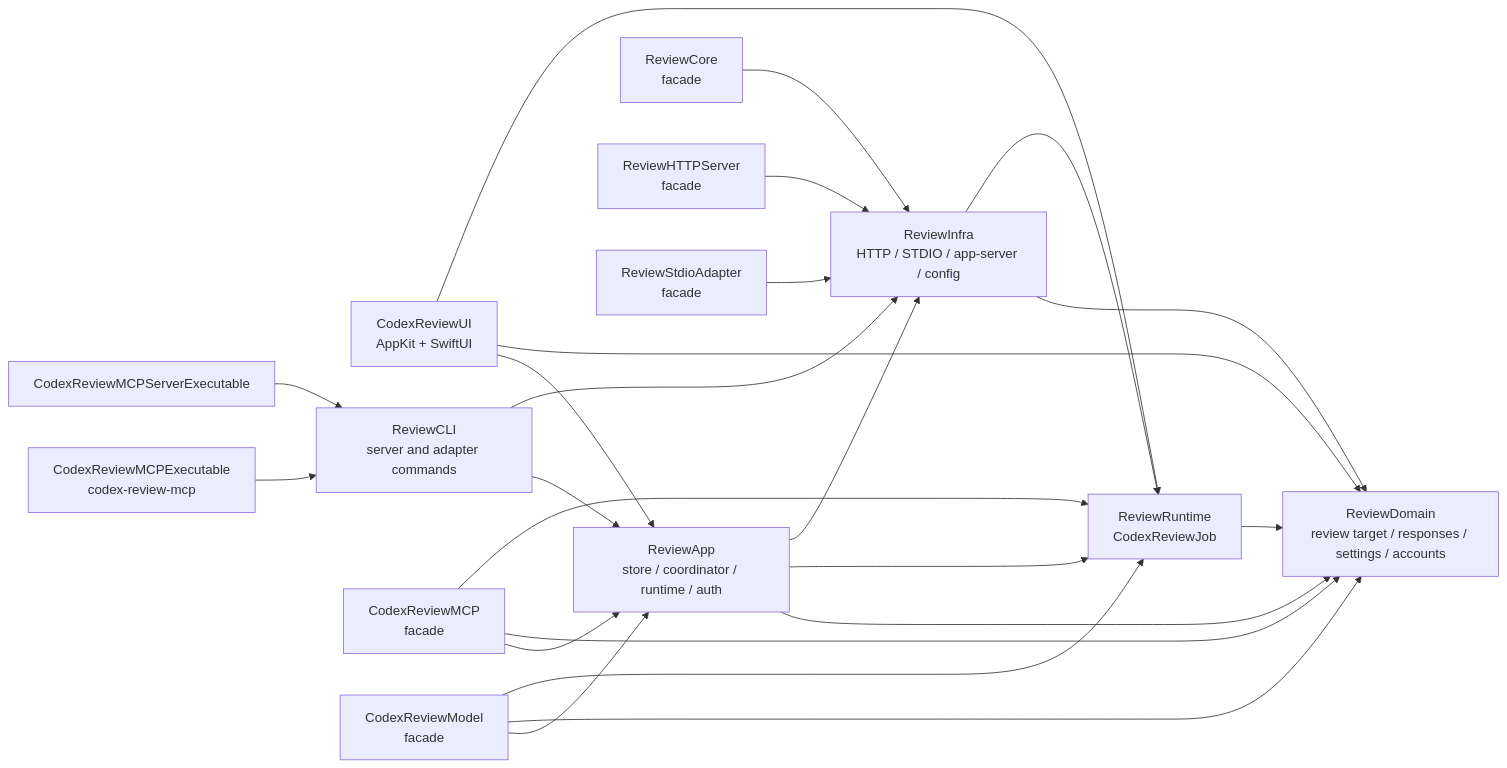
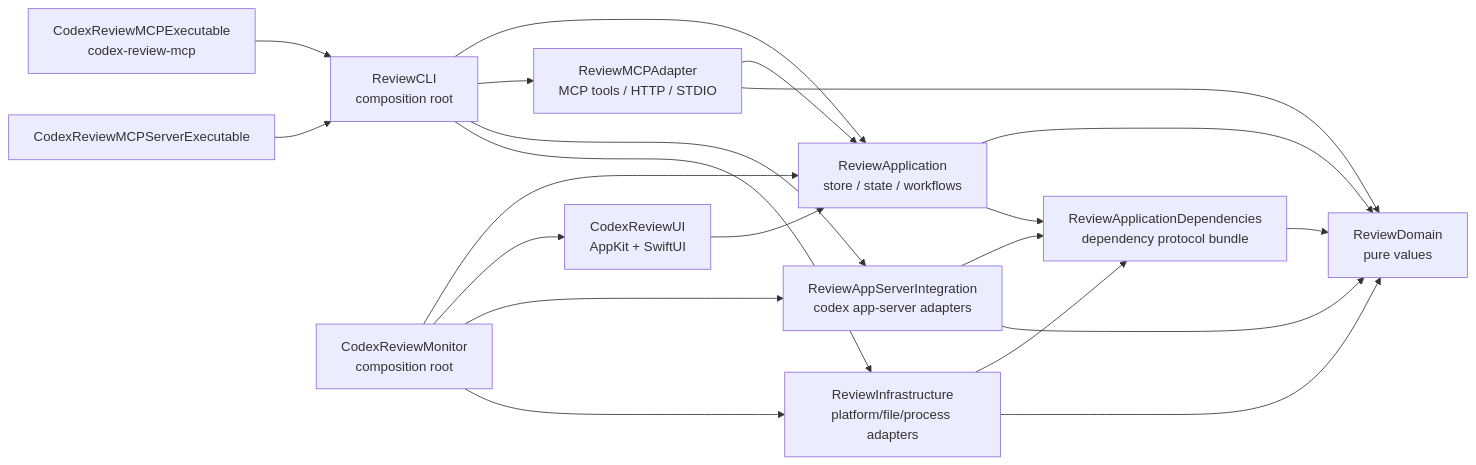
The fifth of 8 diagrams in Docs/architecture-overview.md (lynnswap/CodexReviewMCP), drawn with Mermaid before and after one commit. The commit also changed other lines of this file, not shown here.

Commit message:
docs(architecture): align diagrams with dependency bundle

````diff
--- a/Docs/architecture-overview.md
+++ b/Docs/architecture-overview.md
@@ -89,39 +161,38 @@
 ```mermaid
 flowchart LR
-    ReviewDomain["ReviewDomain<br/>review target / responses / settings / accounts"]
-    ReviewRuntime["ReviewRuntime<br/>CodexReviewJob"]
-    ReviewInfra["ReviewInfra<br/>HTTP / STDIO / app-server / config"]
-    ReviewApp["ReviewApp<br/>store / coordinator / runtime / auth"]
+    ReviewDomain["ReviewDomain<br/>pure values"]
+    ReviewApplicationDependencies["ReviewApplicationDependencies<br/>dependency protocol bundle"]
+    ReviewApplication["ReviewApplication<br/>store / state / workflows"]
     CodexReviewUI["CodexReviewUI<br/>AppKit + SwiftUI"]
-    ReviewCLI["ReviewCLI<br/>server and adapter commands"]
-    CodexReviewMCP["CodexReviewMCP<br/>facade"]
-    CodexReviewModel["CodexReviewModel<br/>facade"]
-    ReviewCoreFacade["ReviewCore<br/>facade"]
-    ReviewHTTPFacade["ReviewHTTPServer<br/>facade"]
-    ReviewStdioFacade["ReviewStdioAdapter<br/>facade"]
+    ReviewMCPAdapter["ReviewMCPAdapter<br/>MCP tools / HTTP / STDIO"]
+    ReviewAppServerIntegration["ReviewAppServerIntegration<br/>codex app-server adapters"]
+    ReviewInfrastructure["ReviewInfrastructure<br/>platform/file/process adapters"]
+    ReviewCLI["ReviewCLI<br/>composition root"]
+    CodexReviewMonitor["CodexReviewMonitor<br/>composition root"]
     MCPExecutable["CodexReviewMCPExecutable<br/>codex-review-mcp"]
     MCPServerExecutable["CodexReviewMCPServerExecutable"]
 
-    ReviewRuntime --> ReviewDomain
-    ReviewInfra --> ReviewDomain
-    ReviewInfra --> ReviewRuntime
-    ReviewApp --> ReviewDomain
-    ReviewApp --> ReviewRuntime
-    ReviewApp --> ReviewInfra
-    CodexReviewUI --> ReviewApp
-    CodexReviewUI --> ReviewDomain
-    CodexReviewUI --> ReviewRuntime
-    ReviewCLI --> ReviewApp
-    ReviewCLI --> ReviewInfra
-    CodexReviewMCP --> ReviewApp
-    CodexReviewMCP --> ReviewDomain
-    CodexReviewMCP --> ReviewRuntime
-    CodexReviewModel --> ReviewApp
-    CodexReviewModel --> ReviewDomain
-    CodexReviewModel --> ReviewRuntime
-    ReviewCoreFacade --> ReviewInfra
-    ReviewHTTPFacade --> ReviewInfra
-    ReviewStdioFacade --> ReviewInfra
+    ReviewApplicationDependencies --> ReviewDomain
+    ReviewApplication --> ReviewDomain
+    ReviewApplication --> ReviewApplicationDependencies
+    CodexReviewUI --> ReviewApplication
+    ReviewMCPAdapter --> ReviewApplication
+    ReviewMCPAdapter --> ReviewDomain
+    ReviewAppServerIntegration --> ReviewApplicationDependencies
+    ReviewAppServerIntegration --> ReviewDomain
+    ReviewInfrastructure --> ReviewApplicationDependencies
+    ReviewInfrastructure --> ReviewDomain
+
+    ReviewCLI --> ReviewApplication
+    ReviewCLI --> ReviewMCPAdapter
+    ReviewCLI --> ReviewAppServerIntegration
+    ReviewCLI --> ReviewInfrastructure
+
+    CodexReviewMonitor --> ReviewApplication
+    CodexReviewMonitor --> CodexReviewUI
+    CodexReviewMonitor --> ReviewAppServerIntegration
+    CodexReviewMonitor --> ReviewInfrastructure
+
     MCPExecutable --> ReviewCLI
     MCPServerExecutable --> ReviewCLI
 ```
````
